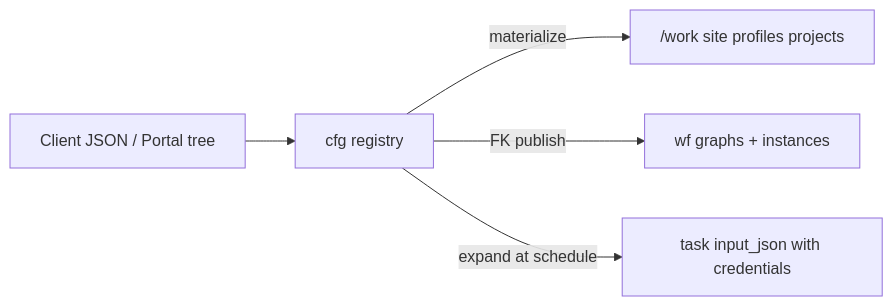
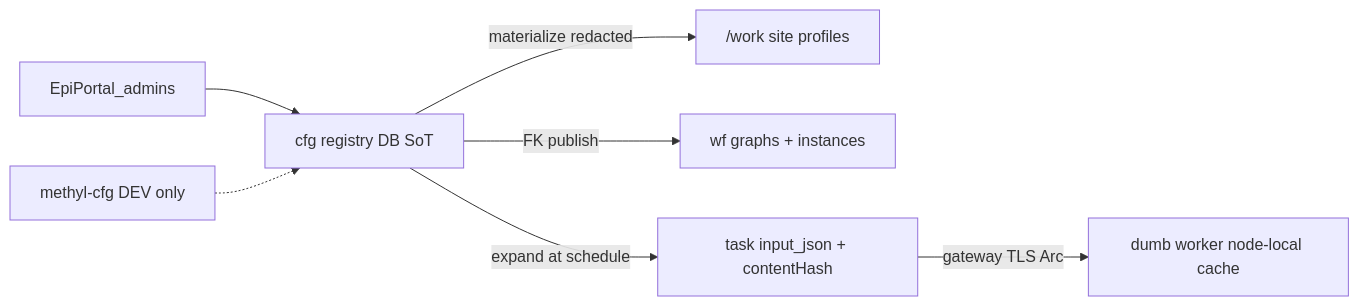
The diagram in docs/architecture/config-registry.md (Goliath-Research/GoliathWorkflow), drawn with Mermaid before and after one commit. The commit also changed other lines of this file and 25 other files, not shown here.

````diff
--- a/docs/architecture/config-registry.md
+++ b/docs/architecture/config-registry.md
@@ -37,7 +37,9 @@
 ```mermaid
 flowchart LR
-  authoring["Client JSON / Portal tree"] --> cfg["cfg registry"]
-  cfg -->|"materialize"| work["/work site profiles projects"]
+  portal["EpiPortal_admins"] --> cfg["cfg registry DB SoT"]
+  cli["methyl-cfg DEV only"] -.-> cfg
+  cfg -->|"materialize redacted"| work["/work site profiles"]
   cfg -->|"FK publish"| wf["wf graphs + instances"]
-  cfg -->|"expand at schedule"| task["task input_json with credentials"]
+  cfg -->|"expand at schedule"| task["task input_json + contentHash"]
+  task -->|"gateway TLS Arc"| worker["dumb worker node-local cache"]
 ```
````
